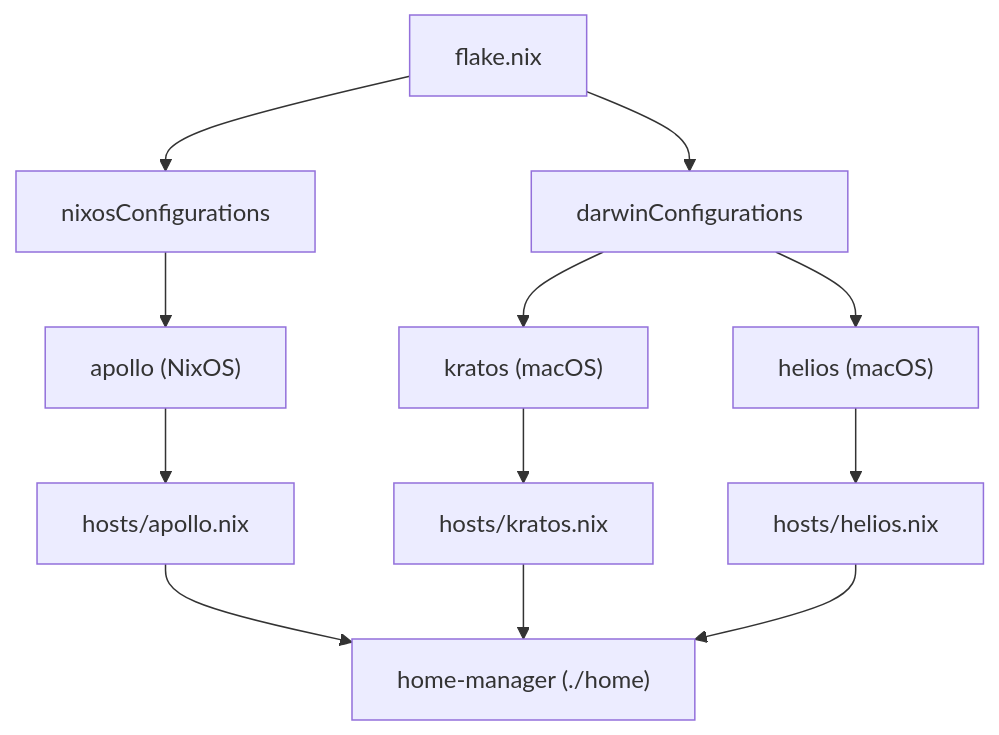
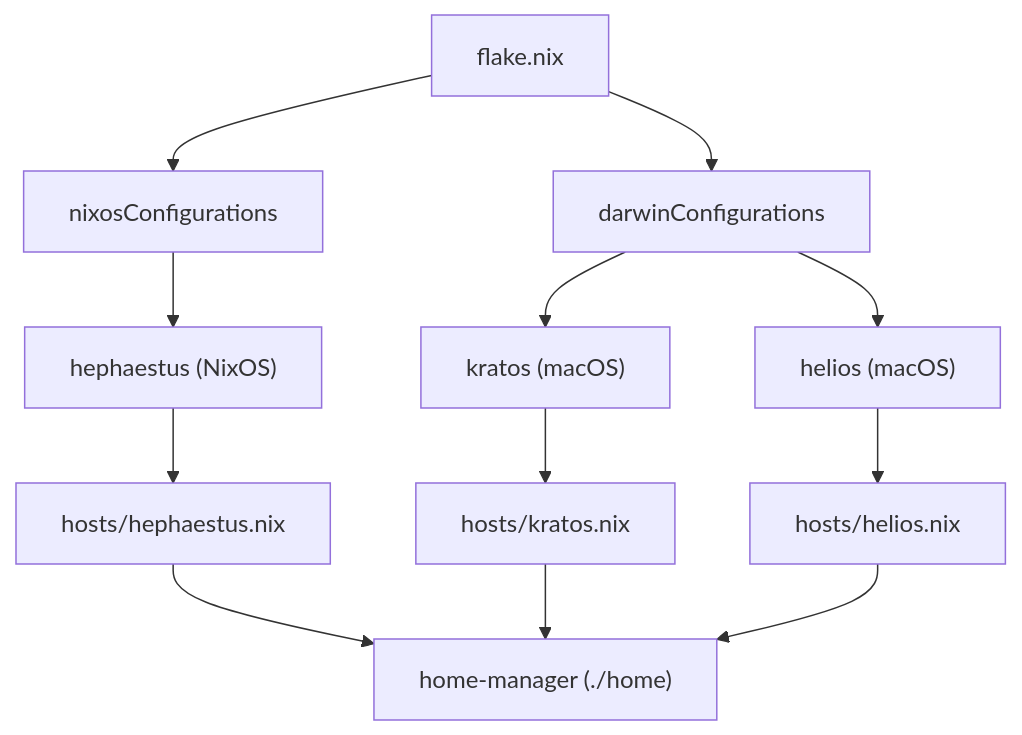
One commit to davegallant/nix-config changed the diagram in README.md. Above: the diagram before and after it, drawn with Mermaid. The commit also changed 4 other files, not shown here.

Commit message:
chore(hosts): rename apollo to hephaestus

````diff
--- a/README.md
+++ b/README.md
@@ -7,19 +7,19 @@
 ```mermaid
 flowchart TD
     flake["flake.nix"]
     flake --> nixos["nixosConfigurations"]
     flake --> darwin["darwinConfigurations"]
 
-    nixos --> apollo["apollo (NixOS)"]
+    nixos --> hephaestus["hephaestus (NixOS)"]
 
     darwin --> kratos["kratos (macOS)"]
     darwin --> helios["helios (macOS)"]
 
-    apollo --> hostA["hosts/apollo.nix"]
+    hephaestus --> hostA["hosts/hephaestus.nix"]
     kratos --> hostK["hosts/kratos.nix"]
     helios --> hostHe["hosts/helios.nix"]
 
     hostA --> hm["home-manager (./home)"]
     hostK --> hm
     hostHe --> hm
 ```
````
